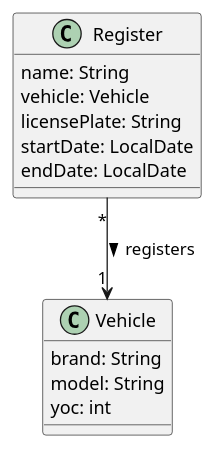
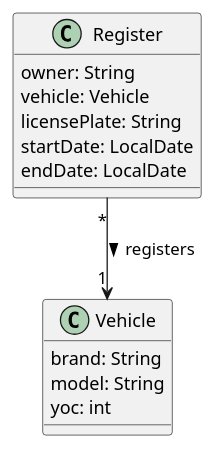
One commit to sknogler/quarkus-recap changed the diagram in asciidocs/cld.puml. Above: the diagram before and after it, drawn with PlantUML. The commit also changed 3 other files, not shown here.

```diff
--- a/asciidocs/cld.puml
+++ b/asciidocs/cld.puml
@@ -1,19 +1,19 @@
 @startuml
 
 class Vehicle{
     brand: String
     model: String
     yoc: int
 }
 
 class Register{
-    name: String
+    owner: String
     vehicle: Vehicle
     licensePlate: String
     startDate: LocalDate
     endDate: LocalDate
 }
 
 Register "*" --> "1" Vehicle: registers >
 
 @enduml
```
